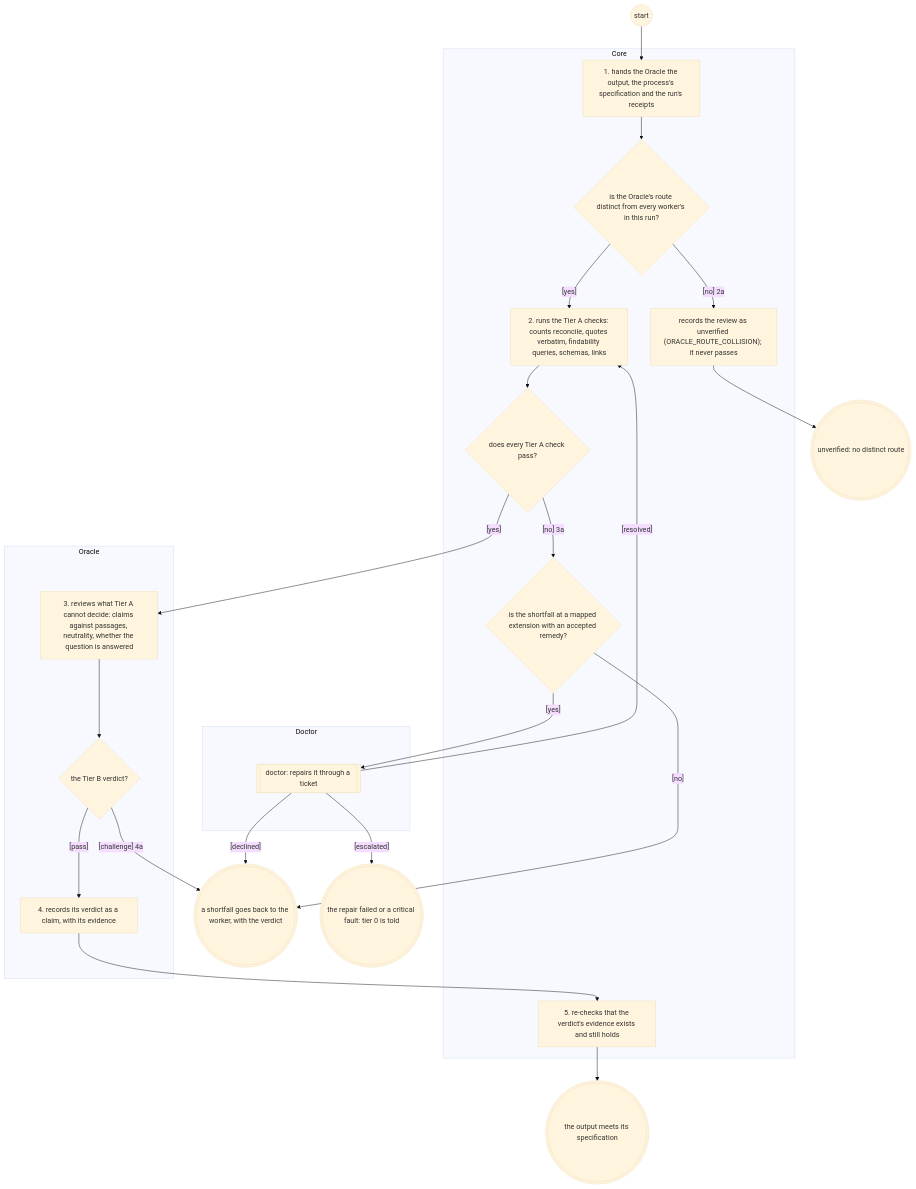
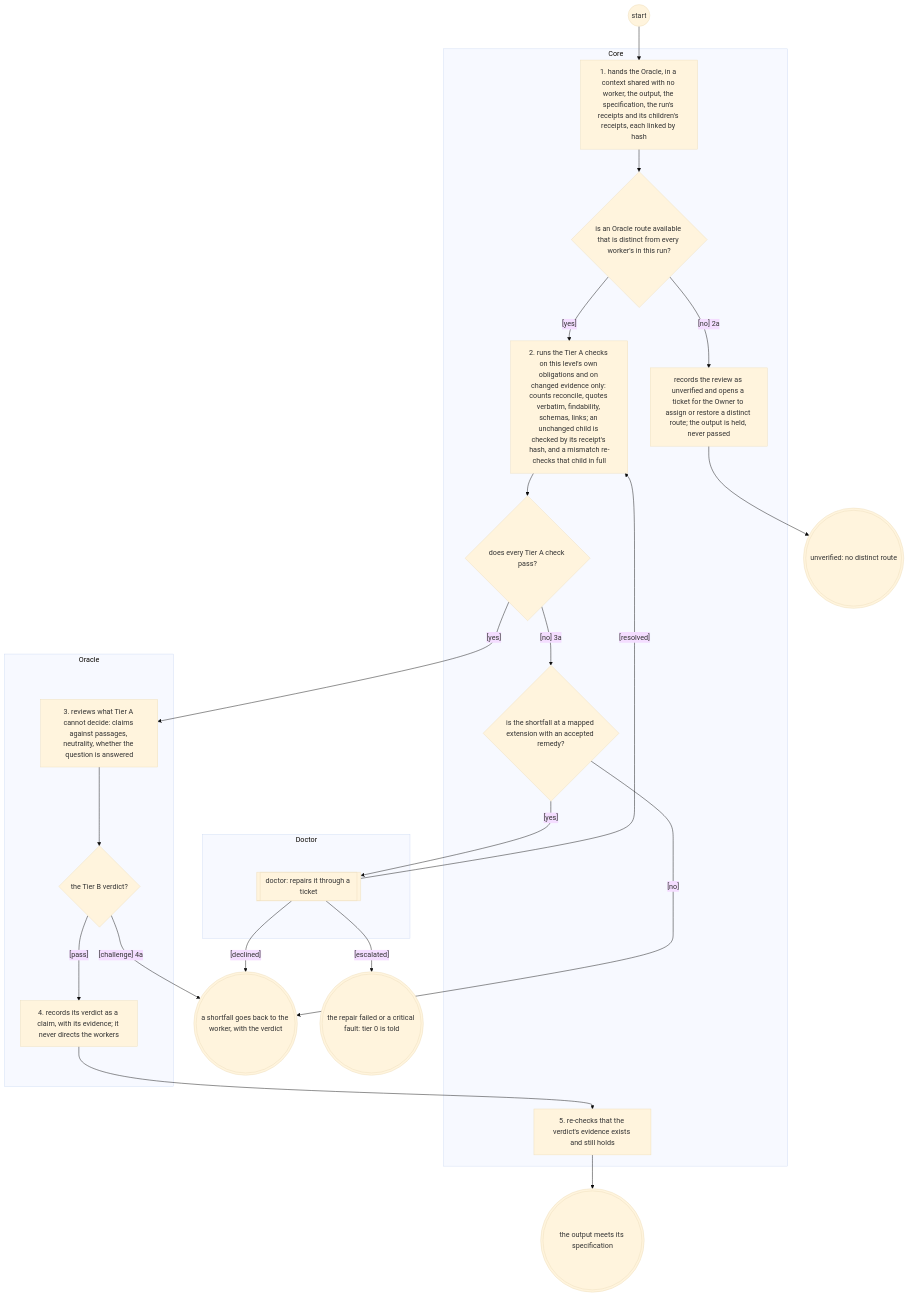
The diagram in reports/2026-11-25-systems-analysis-finalisation/librarian/to-be/views/oracle.views.md (Jake36999/Librarian_V2), drawn with Mermaid (base theme) before and after one commit. The commit also changed other lines of this file and 101 other files, not shown here.

````diff
--- a/reports/2026-11-25-systems-analysis-finalisation/librarian/to-be/views/oracle.views.md
+++ b/reports/2026-11-25-systems-analysis-finalisation/librarian/to-be/views/oracle.views.md
@@ -55,44 +55,44 @@
 ```mermaid
 flowchart TD
   subgraph Core["Core"]
-    handin["1. hands the Oracle the output, the process's specification and the run's receipts"]
-    droute{"is the Oracle's route distinct from every worker's in this run?"}
-    collision["records the review as unverified (ORACLE_ROUTE_COLLISION); it never passes"]
-    tiera["2. runs the Tier A checks: counts reconcile, quotes verbatim, findability queries, schemas, links"]
+    handin["1. hands the Oracle, in a context shared with no worker, the output, the specification, the run's receipts and its children's receipts, each linked by hash"]
+    droute{"is an Oracle route available that is distinct from every worker's in this run?"}
+    collision["records the review as unverified and opens a ticket for the Owner to assign or restore a distinct route; the output is held, never passed"]
+    tiera["2. runs the Tier A checks on this level's own obligations and on changed evidence only: counts reconcile, quotes verbatim, findability, schemas, links; an unchanged child is checked by its receipt's hash, and a mismatch re-checks that child in full"]
     dtiera{"does every Tier A check pass?"}
     dmapped{"is the shortfall at a mapped extension with an accepted remedy?"}
     recheck["5. re-checks that the verdict's evidence exists and still holds"]
   end
   subgraph Oracle["Oracle"]
     tierb["3. reviews what Tier A cannot decide: claims against passages, neutrality, whether the question is answered"]
     dtierb{"the Tier B verdict?"}
-    verdict["4. records its verdict as a claim, with its evidence"]
+    verdict["4. records its verdict as a claim, with its evidence; it never directs the workers"]
   end
   subgraph Doctor["Doctor"]
     ref_doctor[["doctor: repairs it through a ticket"]]
   end
   s(("start"))
   e1((("the output meets its specification")))
   e_shortfall((("a shortfall goes back to the worker, with the verdict")))
   e_paused((("unverified: no distinct route")))
   e_escalated((("the repair failed or a critical fault: tier 0 is told")))
   s --> handin
   handin --> droute
   droute -->|"[yes]"| tiera
   droute -->|"[no] 2a"| collision
   collision --> e_paused
   tiera --> dtiera
   dtiera -->|"[yes]"| tierb
   dtiera -->|"[no] 3a"| dmapped
   dmapped -->|"[yes]"| ref_doctor
   dmapped -->|"[no]"| e_shortfall
   ref_doctor -->|"[resolved]"| tiera
   ref_doctor -->|"[declined]"| e_shortfall
   ref_doctor -->|"[escalated]"| e_escalated
   tierb --> dtierb
   dtierb -->|"[pass]"| verdict
   dtierb -->|"[challenge] 4a"| e_shortfall
   verdict --> recheck
   recheck --> e1
   classDef ext stroke:#d9534f,stroke-width:2px
 ```
````
